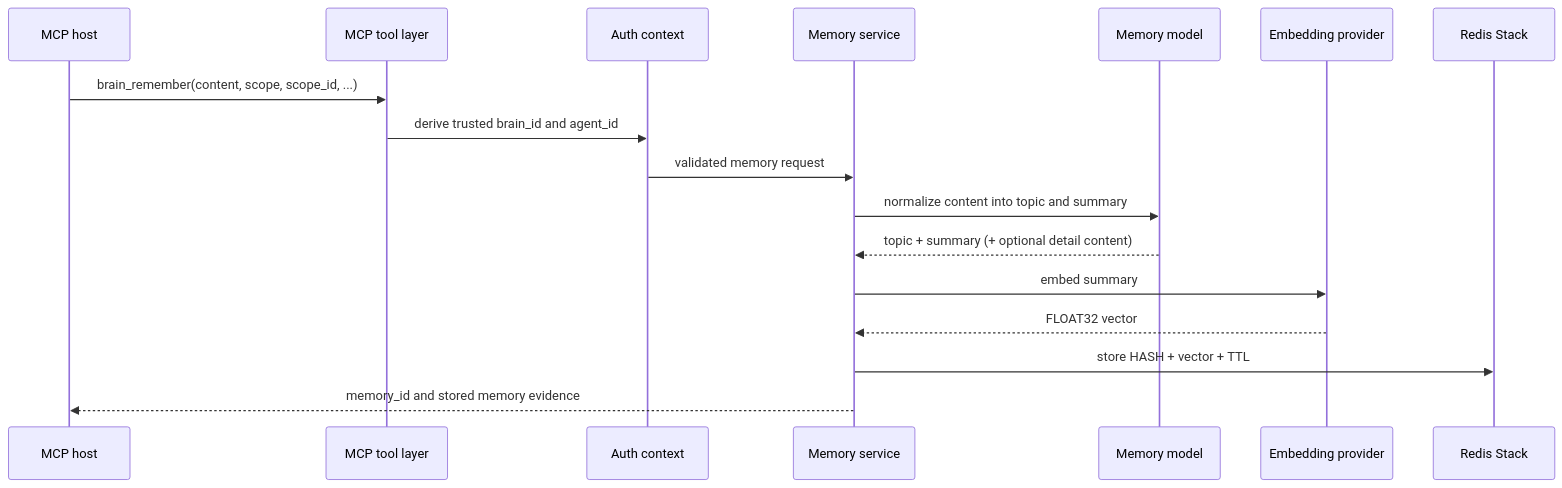
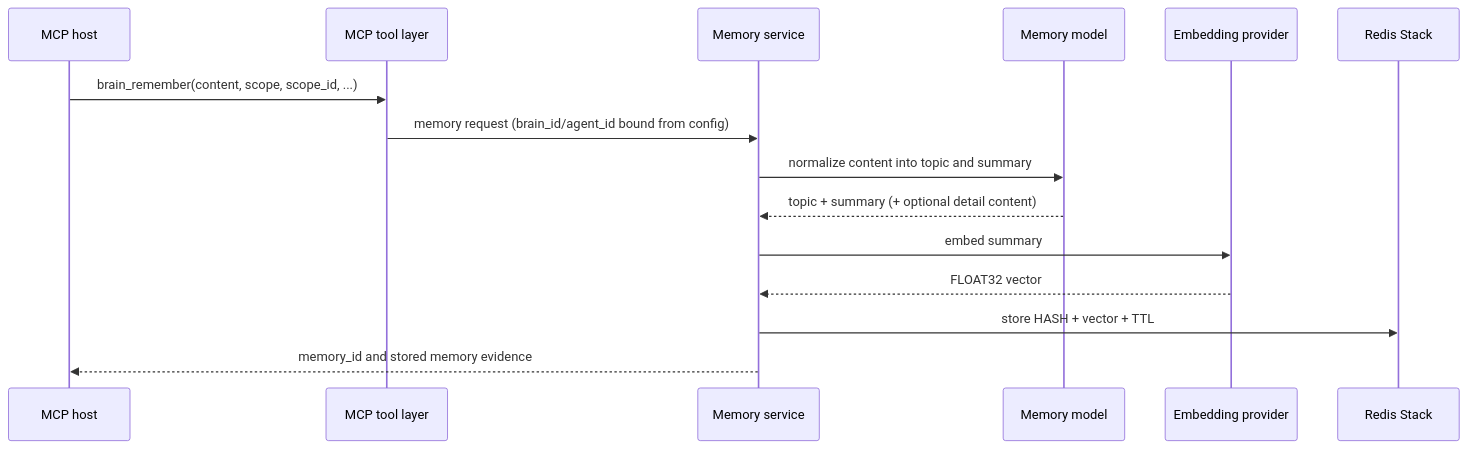
One commit to Flowerf19/another-brain changed the second of 4 diagrams in .agents/plans/01-architecture-foundation.md. Above: the diagram before and after it, drawn with Mermaid. The commit also changed other lines of this file and 17 other files, not shown here.

First line of the commit message:
Refactor Another Brain architecture and tools

````diff
--- a/.agents/plans/01-architecture-foundation.md
+++ b/.agents/plans/01-architecture-foundation.md
@@ -116,20 +114,18 @@
 ```mermaid
 sequenceDiagram
     participant Host as MCP host
     participant MCP as MCP tool layer
-    participant Auth as Auth context
     participant Svc as Memory service
     participant Model as Memory model
     participant Embed as Embedding provider
     participant Redis as Redis Stack
 
     Host->>MCP: brain_remember(content, scope, scope_id, ...)
-    MCP->>Auth: derive trusted brain_id and agent_id
-    Auth->>Svc: validated memory request
+    MCP->>Svc: memory request (brain_id/agent_id bound from config)
     Svc->>Model: normalize content into topic and summary
     Model-->>Svc: topic + summary (+ optional detail content)
     Svc->>Embed: embed summary
     Embed-->>Svc: FLOAT32 vector
     Svc->>Redis: store HASH + vector + TTL
     Svc-->>Host: memory_id and stored memory evidence
 ```
````
